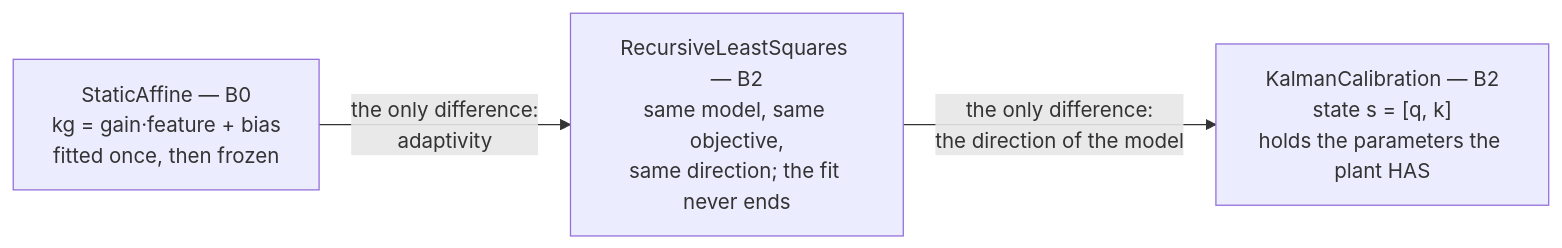
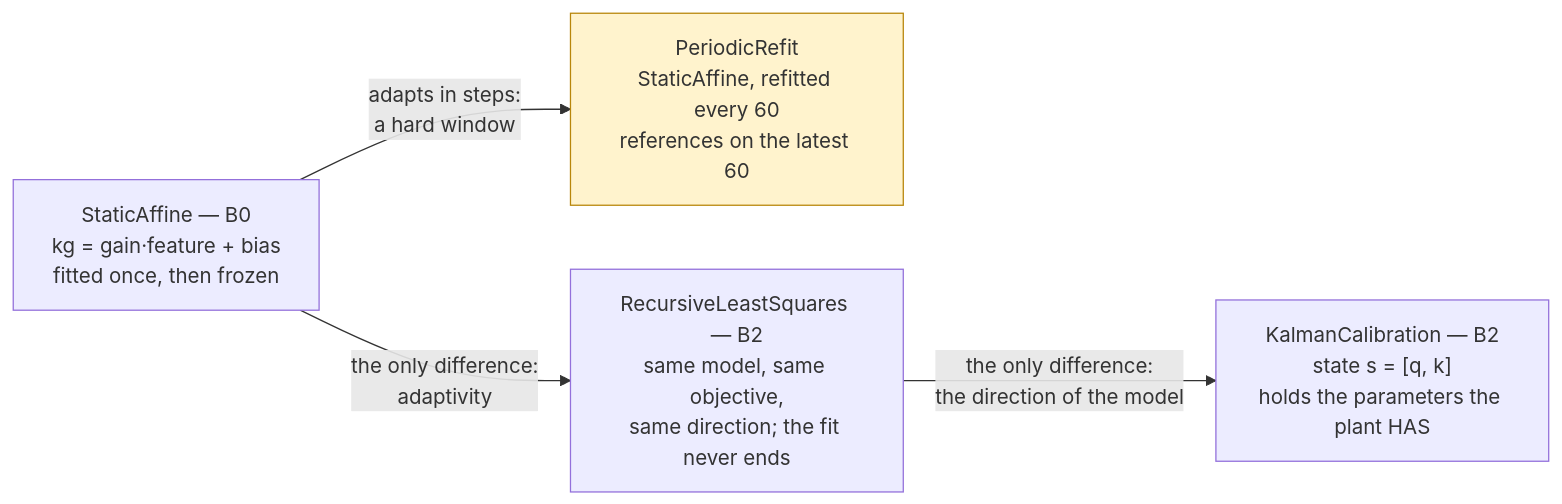
Before and after one commit to martin-hanzely/wim-sim: the first of 3 diagrams in docs/controller.md, drawn with Mermaid. The commit also changed other lines of this file and 10 other files, not shown here.

First line of the commit message:
Docs: the revision in English and Slovak, with diagrams

````diff
--- a/docs/controller.md
+++ b/docs/controller.md
@@ -129,9 +130,13 @@
 ```mermaid
 flowchart LR
     SA["StaticAffine — B0<br/>kg = gain·feature + bias<br/>fitted once, then frozen"]
+    PR["PeriodicRefit<br/>StaticAffine, refitted every 60<br/>references on the latest 60"]
     RL["RecursiveLeastSquares — B2<br/>same model, same objective,<br/>same direction; the fit never ends"]
     KF["KalmanCalibration — B2<br/>state s = [q, k]<br/>holds the parameters the plant HAS"]
 
+    SA -->|"adapts in steps:<br/>a hard window"| PR
     SA -->|"the only difference:<br/>adaptivity"| RL
     RL -->|"the only difference:<br/>the direction of the model"| KF
+
+    style PR fill:#fff3cd,stroke:#b8860b
 ```
````
